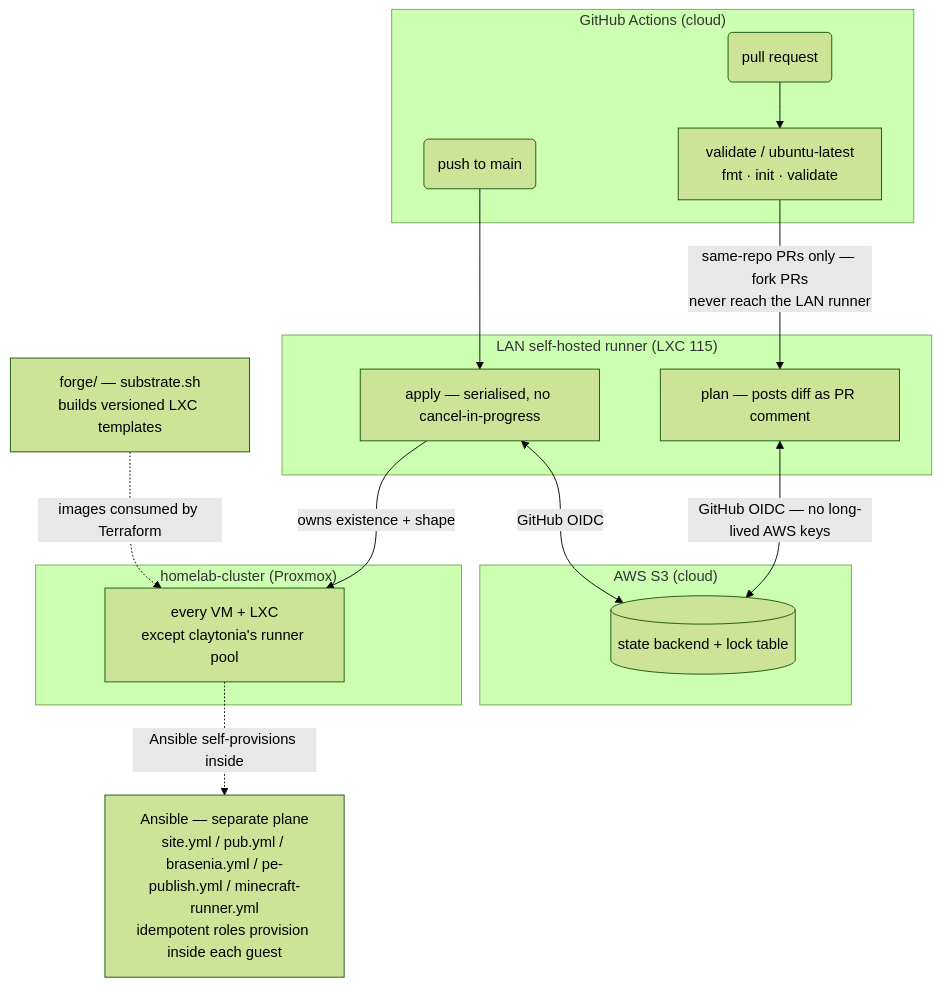
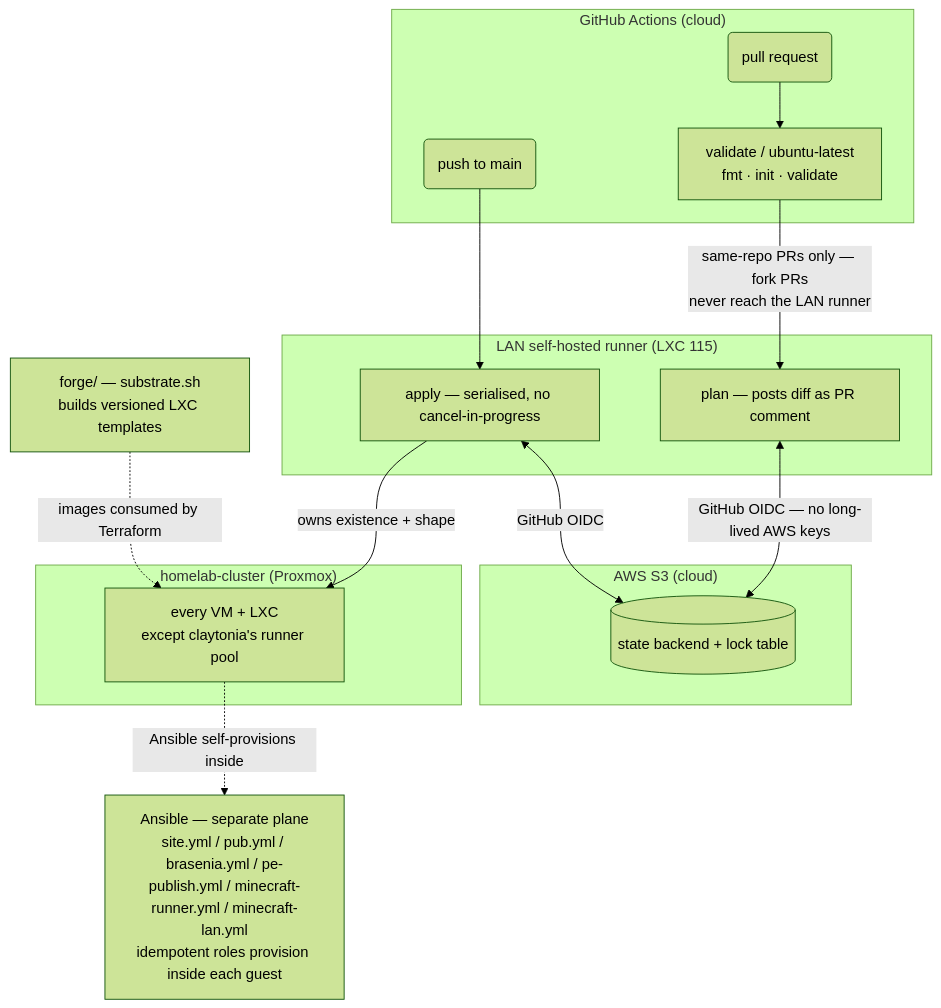
The diagram in README.md (lentago/kalmia), drawn with Mermaid (forest theme) before and after one commit. The commit also changed other lines of this file and 12 other files, not shown here.

First line of the commit message:
LXC 125 minecraft-lan: Bedrock Dedicated Server for the LAN (#298)

````diff
--- a/README.md
+++ b/README.md
@@ -25,33 +25,33 @@
 ```mermaid
 graph TB
     subgraph github ["GitHub Actions (cloud)"]
         PR("pull request")
         PUSH("push to main")
         VALIDATE["validate / ubuntu-latest\nfmt · init · validate"]
     end
 
     subgraph aws ["AWS S3 (cloud)"]
         STATE[("state backend + lock table")]
     end
 
     subgraph runner ["LAN self-hosted runner (LXC 115)"]
         PLAN["plan — posts diff as PR comment"]
         APPLY["apply — serialised, no cancel-in-progress"]
     end
 
     subgraph pve ["homelab-cluster (Proxmox)"]
         GUESTS["every VM + LXC\nexcept claytonia's runner pool"]
     end
 
     FORGE["forge/ — substrate.sh\nbuilds versioned LXC templates"]
-    ANSIBLE["Ansible — separate plane\nsite.yml / pub.yml / brasenia.yml / pe-publish.yml / minecraft-runner.yml\nidempotent roles provision inside each guest"]
+    ANSIBLE["Ansible — separate plane\nsite.yml / pub.yml / brasenia.yml / pe-publish.yml / minecraft-runner.yml / minecraft-lan.yml\nidempotent roles provision inside each guest"]
 
     PR --> VALIDATE
     VALIDATE -->|"same-repo PRs only — fork PRs\nnever reach the LAN runner"| PLAN
     PUSH --> APPLY
     PLAN <-->|"GitHub OIDC — no long-lived AWS keys"| STATE
     APPLY <-->|"GitHub OIDC"| STATE
     APPLY -->|"owns existence + shape"| GUESTS
     FORGE -.->|"images consumed by Terraform"| GUESTS
     GUESTS -.->|"Ansible self-provisions inside"| ANSIBLE
 ```
````
